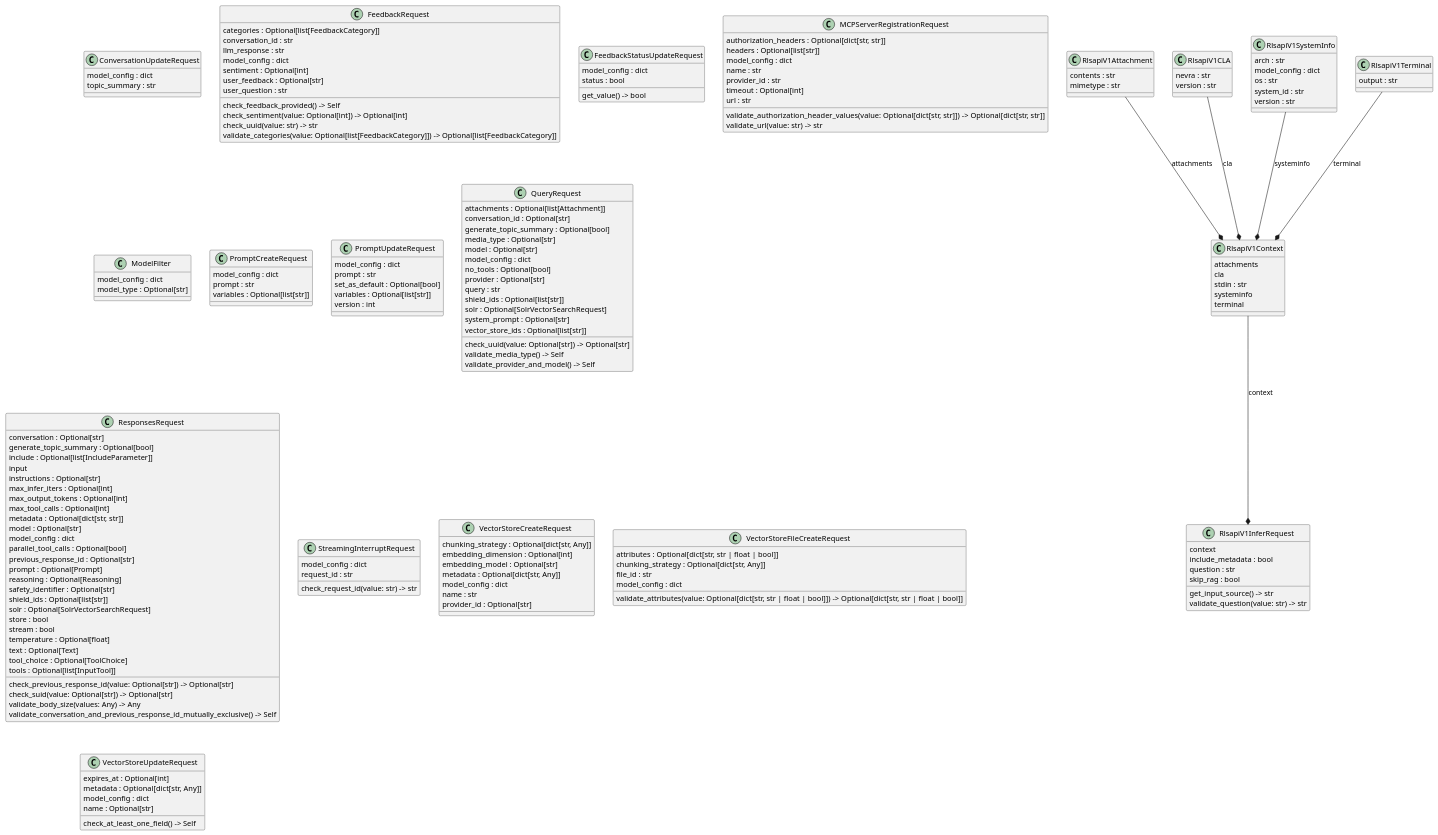
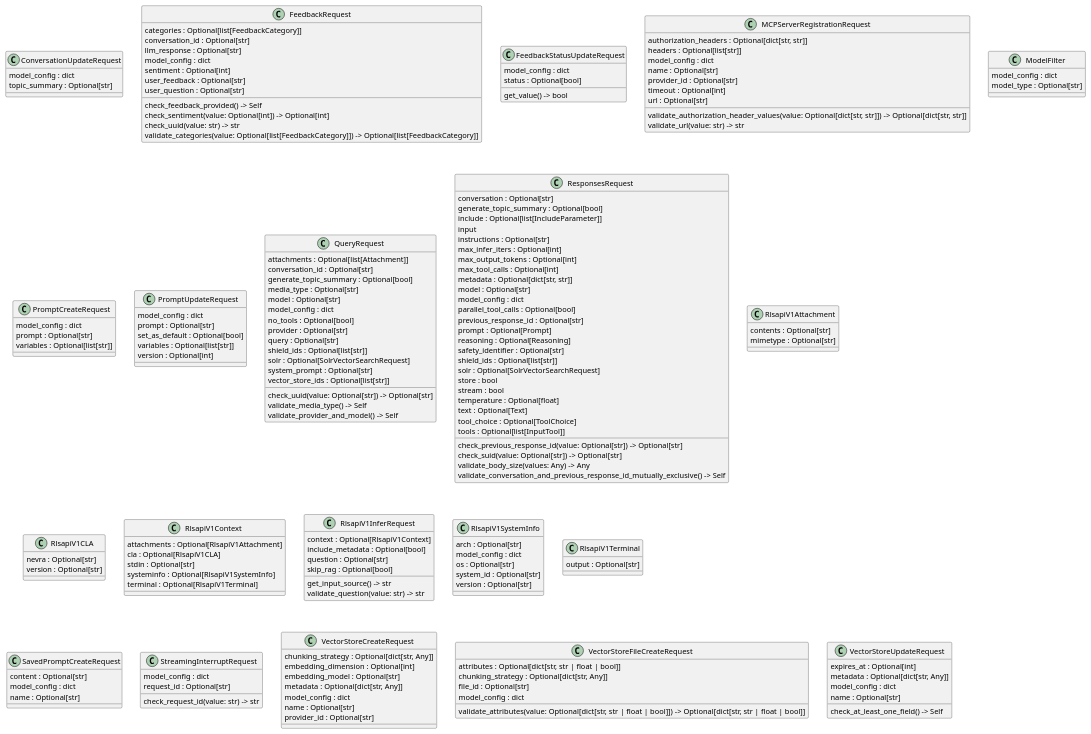
One commit to radofuchs/lightspeed-stack changed the diagram in docs/models/requests.puml. Above: the diagram before and after it, drawn with PlantUML. The commit also changed 11 other files, not shown here.

Commit message:
Regenerated graphs

```diff
--- a/docs/models/requests.puml
+++ b/docs/models/requests.puml
@@ -1,166 +1,166 @@
 @startuml classes
 set namespaceSeparator none
 class "ConversationUpdateRequest" as src.models.api.requests.conversations.ConversationUpdateRequest {
   model_config : dict
-  topic_summary : str
+  topic_summary : Optional[str]
 }
 class "FeedbackRequest" as src.models.api.requests.feedback.FeedbackRequest {
   categories : Optional[list[FeedbackCategory]]
-  conversation_id : str
-  llm_response : str
+  conversation_id : Optional[str]
+  llm_response : Optional[str]
   model_config : dict
   sentiment : Optional[int]
   user_feedback : Optional[str]
-  user_question : str
+  user_question : Optional[str]
   check_feedback_provided() -> Self
   check_sentiment(value: Optional[int]) -> Optional[int]
   check_uuid(value: str) -> str
   validate_categories(value: Optional[list[FeedbackCategory]]) -> Optional[list[FeedbackCategory]]
 }
 class "FeedbackStatusUpdateRequest" as src.models.api.requests.feedback.FeedbackStatusUpdateRequest {
   model_config : dict
-  status : bool
+  status : Optional[bool]
   get_value() -> bool
 }
 class "MCPServerRegistrationRequest" as src.models.api.requests.mcp_servers.MCPServerRegistrationRequest {
   authorization_headers : Optional[dict[str, str]]
   headers : Optional[list[str]]
   model_config : dict
-  name : str
-  provider_id : str
+  name : Optional[str]
+  provider_id : Optional[str]
   timeout : Optional[int]
-  url : str
+  url : Optional[str]
   validate_authorization_header_values(value: Optional[dict[str, str]]) -> Optional[dict[str, str]]
   validate_url(value: str) -> str
 }
 class "ModelFilter" as src.models.api.requests.catalog.ModelFilter {
   model_config : dict
   model_type : Optional[str]
 }
 class "PromptCreateRequest" as src.models.api.requests.prompts.PromptCreateRequest {
   model_config : dict
-  prompt : str
+  prompt : Optional[str]
   variables : Optional[list[str]]
 }
 class "PromptUpdateRequest" as src.models.api.requests.prompts.PromptUpdateRequest {
   model_config : dict
-  prompt : str
+  prompt : Optional[str]
   set_as_default : Optional[bool]
   variables : Optional[list[str]]
-  version : int
+  version : Optional[int]
 }
 class "QueryRequest" as src.models.api.requests.query.QueryRequest {
   attachments : Optional[list[Attachment]]
   conversation_id : Optional[str]
   generate_topic_summary : Optional[bool]
   media_type : Optional[str]
   model : Optional[str]
   model_config : dict
   no_tools : Optional[bool]
   provider : Optional[str]
-  query : str
+  query : Optional[str]
   shield_ids : Optional[list[str]]
   solr : Optional[SolrVectorSearchRequest]
   system_prompt : Optional[str]
   vector_store_ids : Optional[list[str]]
   check_uuid(value: Optional[str]) -> Optional[str]
   validate_media_type() -> Self
   validate_provider_and_model() -> Self
 }
 class "ResponsesRequest" as src.models.api.requests.responses_openai.ResponsesRequest {
   conversation : Optional[str]
   generate_topic_summary : Optional[bool]
   include : Optional[list[IncludeParameter]]
   input
   instructions : Optional[str]
   max_infer_iters : Optional[int]
   max_output_tokens : Optional[int]
   max_tool_calls : Optional[int]
   metadata : Optional[dict[str, str]]
   model : Optional[str]
   model_config : dict
   parallel_tool_calls : Optional[bool]
   previous_response_id : Optional[str]
   prompt : Optional[Prompt]
   reasoning : Optional[Reasoning]
   safety_identifier : Optional[str]
   shield_ids : Optional[list[str]]
   solr : Optional[SolrVectorSearchRequest]
   store : bool
   stream : bool
   temperature : Optional[float]
   text : Optional[Text]
   tool_choice : Optional[ToolChoice]
   tools : Optional[list[InputTool]]
   check_previous_response_id(value: Optional[str]) -> Optional[str]
   check_suid(value: Optional[str]) -> Optional[str]
   validate_body_size(values: Any) -> Any
   validate_conversation_and_previous_response_id_mutually_exclusive() -> Self
 }
 class "RlsapiV1Attachment" as src.models.api.requests.rlsapi.RlsapiV1Attachment {
-  contents : str
-  mimetype : str
+  contents : Optional[str]
+  mimetype : Optional[str]
 }
 class "RlsapiV1CLA" as src.models.api.requests.rlsapi.RlsapiV1CLA {
-  nevra : str
-  version : str
+  nevra : Optional[str]
+  version : Optional[str]
 }
 class "RlsapiV1Context" as src.models.api.requests.rlsapi.RlsapiV1Context {
-  attachments
-  cla
-  stdin : str
-  systeminfo
-  terminal
+  attachments : Optional[RlsapiV1Attachment]
+  cla : Optional[RlsapiV1CLA]
+  stdin : Optional[str]
+  systeminfo : Optional[RlsapiV1SystemInfo]
+  terminal : Optional[RlsapiV1Terminal]
 }
 class "RlsapiV1InferRequest" as src.models.api.requests.rlsapi.RlsapiV1InferRequest {
-  context
-  include_metadata : bool
-  question : str
-  skip_rag : bool
+  context : Optional[RlsapiV1Context]
+  include_metadata : Optional[bool]
+  question : Optional[str]
+  skip_rag : Optional[bool]
   get_input_source() -> str
   validate_question(value: str) -> str
 }
 class "RlsapiV1SystemInfo" as src.models.api.requests.rlsapi.RlsapiV1SystemInfo {
-  arch : str
+  arch : Optional[str]
   model_config : dict
-  os : str
-  system_id : str
-  version : str
+  os : Optional[str]
+  system_id : Optional[str]
+  version : Optional[str]
 }
 class "RlsapiV1Terminal" as src.models.api.requests.rlsapi.RlsapiV1Terminal {
-  output : str
+  output : Optional[str]
+}
+class "SavedPromptCreateRequest" as src.models.api.requests.saved_prompts.SavedPromptCreateRequest {
+  content : Optional[str]
+  model_config : dict
+  name : Optional[str]
 }
 class "StreamingInterruptRequest" as src.models.api.requests.query.StreamingInterruptRequest {
   model_config : dict
-  request_id : str
+  request_id : Optional[str]
   check_request_id(value: str) -> str
 }
 class "VectorStoreCreateRequest" as src.models.api.requests.vector_stores.VectorStoreCreateRequest {
   chunking_strategy : Optional[dict[str, Any]]
   embedding_dimension : Optional[int]
   embedding_model : Optional[str]
   metadata : Optional[dict[str, Any]]
   model_config : dict
-  name : str
+  name : Optional[str]
   provider_id : Optional[str]
 }
 class "VectorStoreFileCreateRequest" as src.models.api.requests.vector_stores.VectorStoreFileCreateRequest {
   attributes : Optional[dict[str, str | float | bool]]
   chunking_strategy : Optional[dict[str, Any]]
-  file_id : str
+  file_id : Optional[str]
   model_config : dict
   validate_attributes(value: Optional[dict[str, str | float | bool]]) -> Optional[dict[str, str | float | bool]]
 }
 class "VectorStoreUpdateRequest" as src.models.api.requests.vector_stores.VectorStoreUpdateRequest {
   expires_at : Optional[int]
   metadata : Optional[dict[str, Any]]
   model_config : dict
   name : Optional[str]
   check_at_least_one_field() -> Self
 }
-src.models.api.requests.rlsapi.RlsapiV1Attachment --* src.models.api.requests.rlsapi.RlsapiV1Context : attachments
-src.models.api.requests.rlsapi.RlsapiV1CLA --* src.models.api.requests.rlsapi.RlsapiV1Context : cla
-src.models.api.requests.rlsapi.RlsapiV1Context --* src.models.api.requests.rlsapi.RlsapiV1InferRequest : context
-src.models.api.requests.rlsapi.RlsapiV1SystemInfo --* src.models.api.requests.rlsapi.RlsapiV1Context : systeminfo
-src.models.api.requests.rlsapi.RlsapiV1Terminal --* src.models.api.requests.rlsapi.RlsapiV1Context : terminal
 @enduml
```
